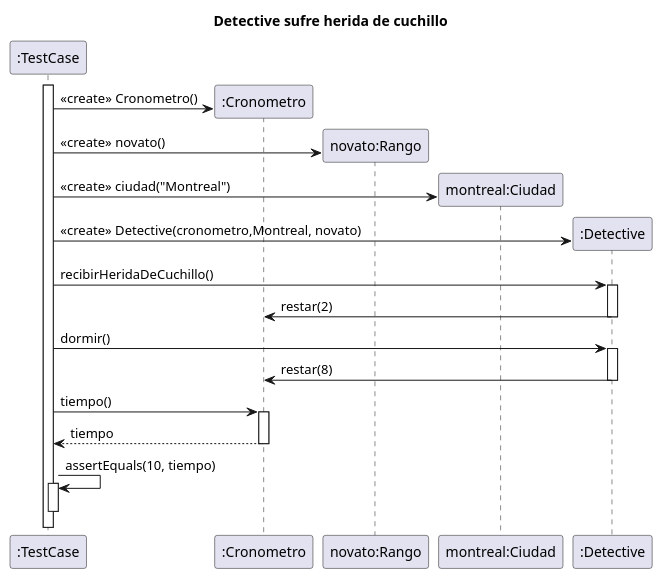
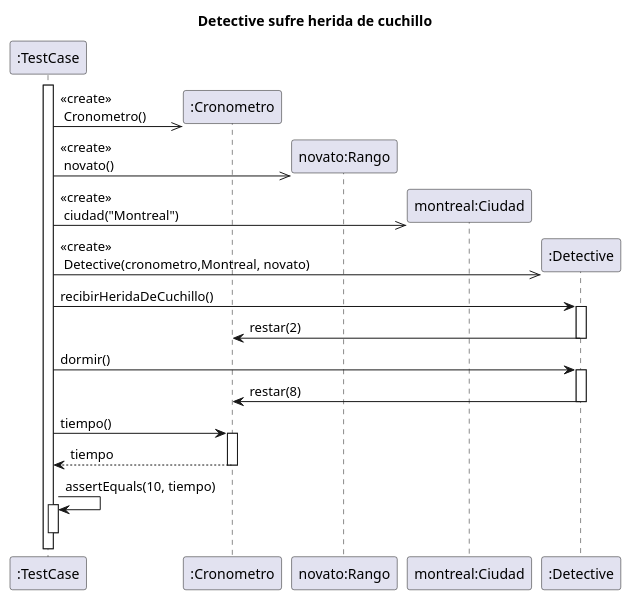
Before and after one commit to MegaRedHand/algo-thief: the diagram in diagrams/sequences/secuencia_testcase05.plantuml, drawn with PlantUML. The commit also changed 10 other files, not shown here.

```diff
--- a/diagrams/sequences/secuencia_testcase05.plantuml
+++ b/diagrams/sequences/secuencia_testcase05.plantuml
@@ -1,40 +1,40 @@
 @startuml
 
 title "Detective sufre herida de cuchillo"
 
 participant ":TestCase" as testcase
 participant ":Cronometro" as crono
 participant "novato:Rango" as rango
 participant "montreal:Ciudad" as ciudad
 participant ":Detective" as detective
 
 activate testcase
 create crono
-testcase -> crono: <<create>> Cronometro()
+testcase ->> crono: <<create>>\n Cronometro()
 create rango
-testcase -> rango: <<create>> novato()
+testcase ->> rango: <<create>>\n novato()
 create ciudad
-testcase -> ciudad: <<create>> ciudad("Montreal")
+testcase ->> ciudad: <<create>>\n ciudad("Montreal")
 create detective
-testcase -> detective: <<create>> Detective(cronometro,Montreal, novato)
+testcase ->> detective: <<create>>\n Detective(cronometro,Montreal, novato)
 
 testcase -> detective: recibirHeridaDeCuchillo()
     activate detective
     detective -> crono: restar(2)
     deactivate detective
 
 testcase -> detective: dormir()
     activate detective
     detective -> crono: restar(8)
     deactivate detective
 
 testcase -> crono: tiempo()
     activate crono
     return tiempo
 
 testcase -> testcase: assertEquals(10, tiempo)
 activate testcase
 deactivate testcase
 
 
 @enduml
```
